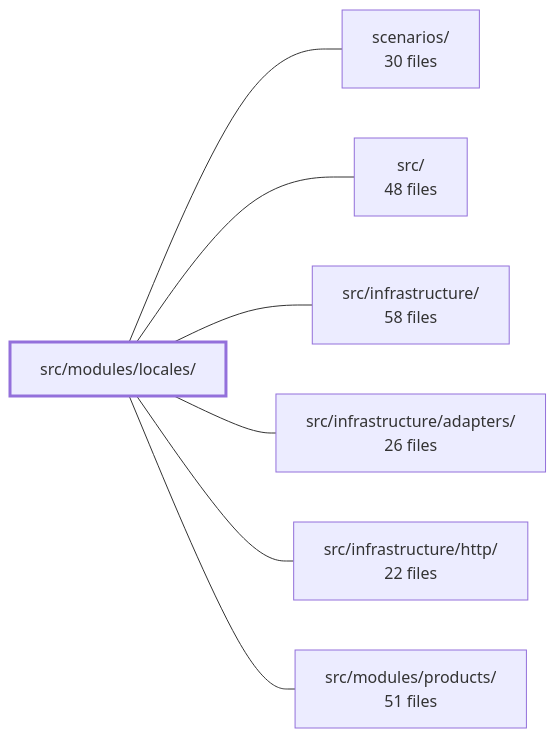
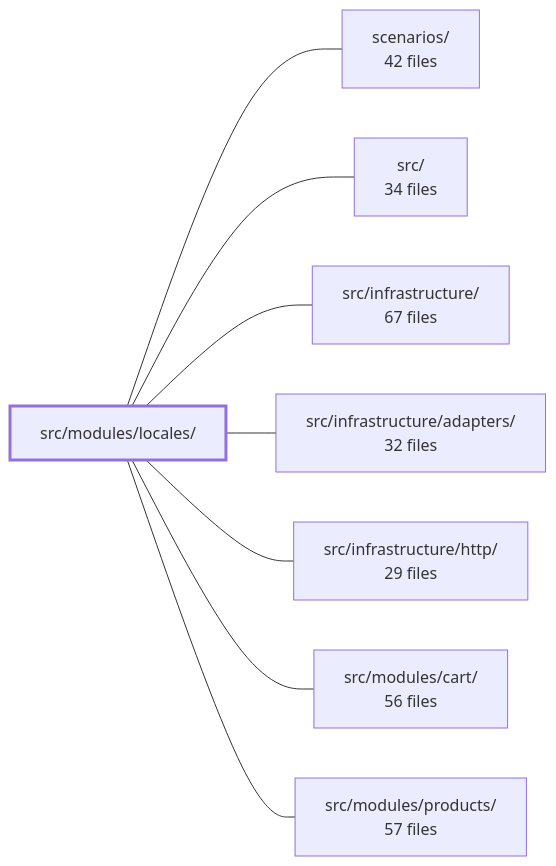
The diagram in .2brain/modules/boilerplate-node-backend_src_modules_locales.md (Guebbit/boilerplate-node-backend), drawn with Mermaid before and after one commit. The commit also changed other lines of this file and 106 other files, not shown here.

````diff
--- a/.2brain/modules/boilerplate-node-backend_src_modules_locales.md
+++ b/.2brain/modules/boilerplate-node-backend_src_modules_locales.md
@@ -38,17 +41,19 @@
 ```mermaid
 flowchart LR
     m_src_modules_locales["src/modules/locales/"]
-    m_scenarios["scenarios/<br/>30 files"]
-    m_src["src/<br/>48 files"]
-    m_src_infrastructure["src/infrastructure/<br/>58 files"]
-    m_src_infrastructure_adapters["src/infrastructure/adapters/<br/>26 files"]
-    m_src_infrastructure_http["src/infrastructure/http/<br/>22 files"]
-    m_src_modules_products["src/modules/products/<br/>51 files"]
+    m_scenarios["scenarios/<br/>42 files"]
+    m_src["src/<br/>34 files"]
+    m_src_infrastructure["src/infrastructure/<br/>67 files"]
+    m_src_infrastructure_adapters["src/infrastructure/adapters/<br/>32 files"]
+    m_src_infrastructure_http["src/infrastructure/http/<br/>29 files"]
+    m_src_modules_cart["src/modules/cart/<br/>56 files"]
+    m_src_modules_products["src/modules/products/<br/>57 files"]
     m_src_modules_locales --- m_scenarios
     m_src_modules_locales --- m_src
     m_src_modules_locales --- m_src_infrastructure
     m_src_modules_locales --- m_src_infrastructure_adapters
     m_src_modules_locales --- m_src_infrastructure_http
+    m_src_modules_locales --- m_src_modules_cart
     m_src_modules_locales --- m_src_modules_products
     style m_src_modules_locales stroke-width:3px
 ```
````
